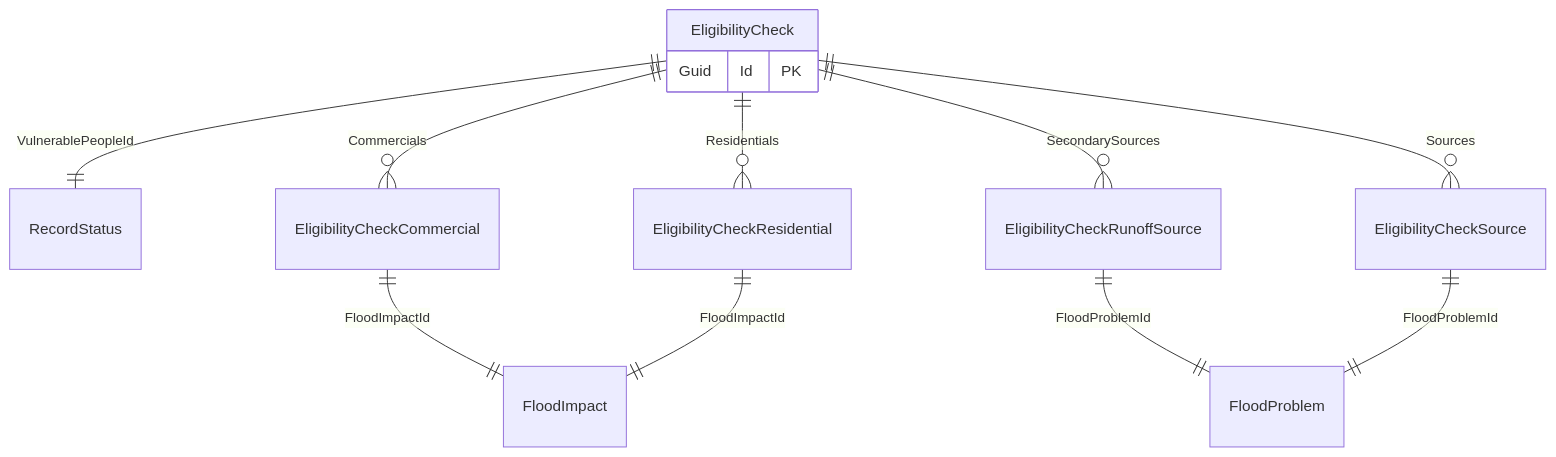
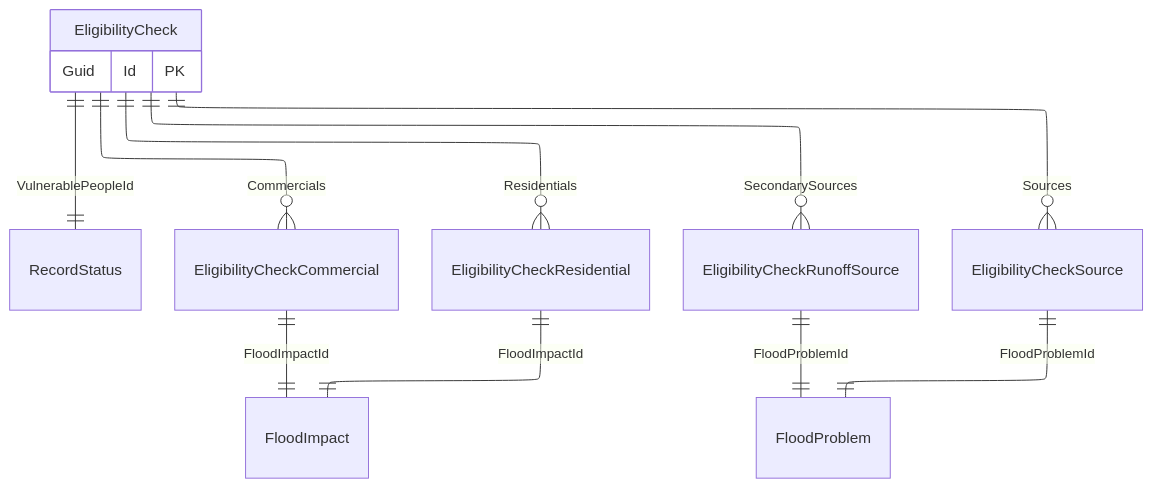
Before and after one commit to Dorset-Council-UK/FloodOnlineReportingTool.Public: the diagram in designs/EligibilityCheck.md, drawn with Mermaid. The commit also changed 3 other files, not shown here.

Commit message:
New markdown files, each describing the purpose of the records in the database. Along with mermaid relationship diagrams.

````diff
--- a/designs/EligibilityCheck.md
+++ b/designs/EligibilityCheck.md
@@ -10,16 +10,20 @@
 ```mermaid
+---
+config:
+  layout: elk
+---
 erDiagram
   EligibilityCheck {
     Guid Id PK
   }
   EligibilityCheck ||--|| RecordStatus : "VulnerablePeopleId"
   EligibilityCheck ||--o{ EligibilityCheckCommercial : Commercials
   EligibilityCheck ||--o{ EligibilityCheckResidential : Residentials
   EligibilityCheck ||--o{ EligibilityCheckRunoffSource : SecondarySources
   EligibilityCheck ||--o{ EligibilityCheckSource : Sources
 
   EligibilityCheckCommercial ||--|| FloodImpact : FloodImpactId
   EligibilityCheckResidential ||--|| FloodImpact : FloodImpactId
   EligibilityCheckRunoffSource ||--|| FloodProblem : FloodProblemId
   EligibilityCheckSource ||--|| FloodProblem : FloodProblemId
 ```
````
